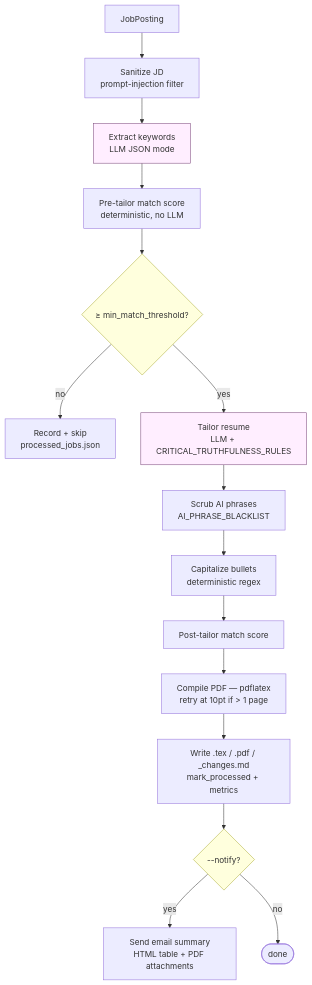
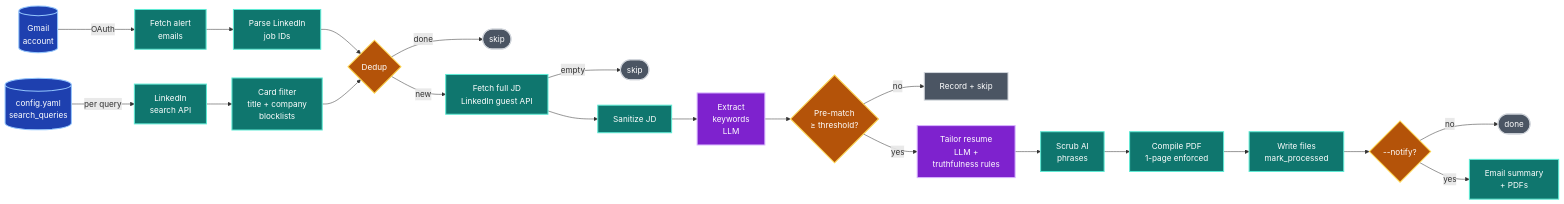
The diagram in README.md (pravinboopathy/job-copilot), drawn with Mermaid before and after one commit. The commit also changed other lines of this file, not shown here.

Commit message:
README: collapse to one horizontal Mermaid diagram with high-contrast theme
Three separate diagrams was overkill — easier to follow the full flow in
one wide diagram. Single flowchart LR shows both Gmail and search-API
ingress paths converging on Dedup, then walking through the shared
tailor pipeline to the optional --notify email.

Colours retuned for visibility on both light and dark GitHub themes:
saturated fills (blue stores, purple LLM, amber gates, teal actions,
gray terminals) with explicit white text and 2px borders, instead of
the previous pastels that disappeared on dark backgrounds.

````diff
--- a/README.md
+++ b/README.md
@@ -45,22 +9,35 @@
 ```mermaid
-flowchart TD
-    J[JobPosting] --> SI[Sanitize JD<br/>prompt-injection filter]
-    SI --> EK[Extract keywords<br/>LLM JSON mode]
-    EK --> PM[Pre-tailor match score<br/>deterministic, no LLM]
-    PM --> TH{≥ min_match_threshold?}
-    TH -->|no| REC[Record + skip<br/>processed_jobs.json]
-    TH -->|yes| TR[Tailor resume<br/>LLM + CRITICAL_TRUTHFULNESS_RULES]
-    TR --> AP[Scrub AI phrases<br/>AI_PHRASE_BLACKLIST]
-    AP --> CB[Capitalize bullets<br/>deterministic regex]
-    CB --> PoM[Post-tailor match score]
-    PoM --> PDF[Compile PDF — pdflatex<br/>retry at 10pt if &gt; 1 page]
-    PDF --> W[Write .tex / .pdf / _changes.md<br/>mark_processed + metrics]
+flowchart LR
+    G[(Gmail<br/>account)] -->|OAuth| GF[Fetch alert<br/>emails]
+    GF --> GP[Parse LinkedIn<br/>job IDs]
+    C[(config.yaml<br/>search_queries)] -->|per query| LS[LinkedIn<br/>search API]
+    LS --> CF[Card filter<br/>title + company<br/>blocklists]
+    GP --> D{Dedup}
+    CF --> D
+    D -->|done| X1([skip])
+    D -->|new| LF[Fetch full JD<br/>LinkedIn guest API]
+    LF -->|empty| X2([skip])
+    LF --> SI[Sanitize JD]
+    SI --> EK[Extract<br/>keywords<br/>LLM]
+    EK --> TH{Pre-match<br/>≥ threshold?}
+    TH -->|no| REC[Record + skip]
+    TH -->|yes| TR[Tailor resume<br/>LLM +<br/>truthfulness rules]
+    TR --> AP[Scrub AI<br/>phrases]
+    AP --> PDF[Compile PDF<br/>1-page enforced]
+    PDF --> W[Write files<br/>mark_processed]
     W --> N{--notify?}
-    N -->|yes| EM[Send email summary<br/>HTML table + PDF attachments]
     N -->|no| Y([done])
+    N -->|yes| EM[Email summary<br/>+ PDFs]
 
-    classDef llm fill:#fef,stroke:#747
-    classDef gate fill:#ffd,stroke:#aa3
+    classDef store fill:#1e40af,stroke:#93c5fd,color:#fff,stroke-width:2px
+    classDef llm fill:#7e22ce,stroke:#d8b4fe,color:#fff,stroke-width:2px
+    classDef gate fill:#b45309,stroke:#fcd34d,color:#fff,stroke-width:2px
+    classDef term fill:#4b5563,stroke:#d1d5db,color:#fff,stroke-width:2px
+    classDef action fill:#0f766e,stroke:#5eead4,color:#fff,stroke-width:2px
+
+    class G,C store
     class EK,TR llm
-    class TH,N gate
+    class D,TH,N gate
+    class X1,X2,REC,Y term
+    class GF,GP,LS,CF,LF,SI,AP,PDF,W,EM action
 ```
````
